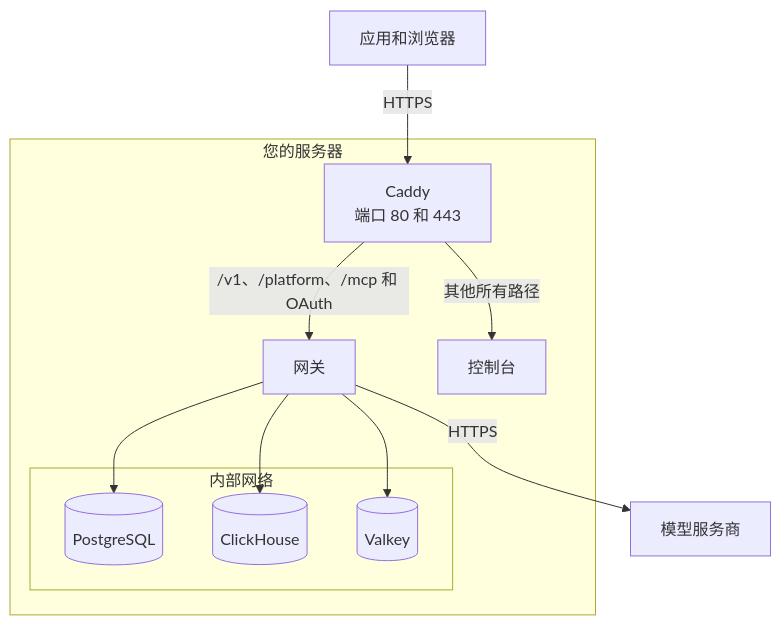
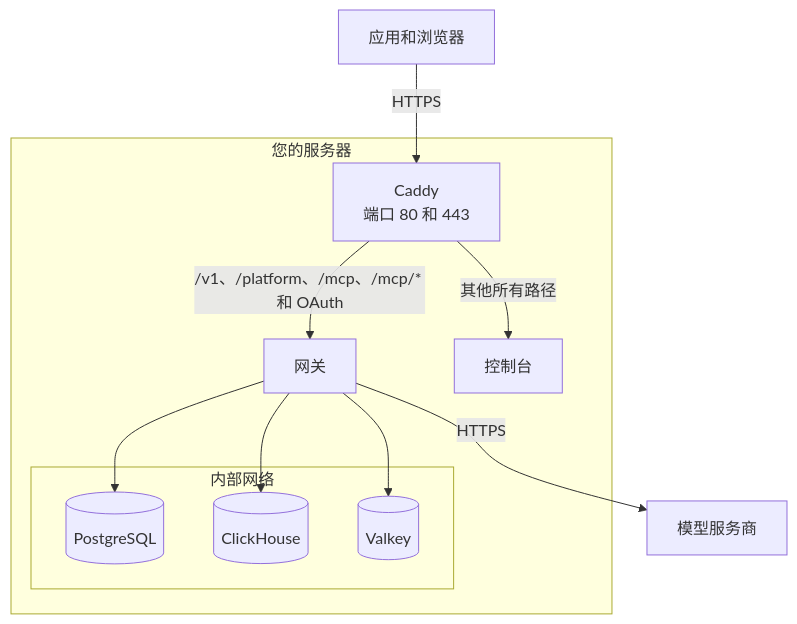
One commit to logicplanes/kaeso changed the diagram in apps/docs/content/zh-CN/self-hosting/how-it-works.md. Above: the diagram before and after it, drawn with Mermaid. The commit also changed 72 other files, not shown here.

````diff
--- a/apps/docs/content/zh-CN/self-hosting/how-it-works.md
+++ b/apps/docs/content/zh-CN/self-hosting/how-it-works.md
@@ -10,22 +10,22 @@
 ```mermaid
 flowchart TD
   accTitle: Kaeso 实例中的服务
   accDescr: 应用和浏览器只能经由 Caddy 的 80 和 443 端口访问实例。Caddy 把 /v1、/platform、MCP 服务器及其 OAuth 登录转给网关，把其他所有路径转给控制台。PostgreSQL、ClickHouse 和 Valkey 位于只有网关能访问的内部网络中，网关通过 HTTPS 调用模型服务商。
   clients[应用和浏览器]:::outside
   subgraph server [您的服务器]
     caddy[Caddy<br>端口 80 和 443]
     gateway[网关]:::accent
     console[控制台]
     subgraph data [内部网络]
       postgres[(PostgreSQL)]
       clickhouse[(ClickHouse)]
       valkey[(Valkey)]
     end
   end
   providers[模型服务商]:::outside
   clients -- HTTPS --> caddy
-  caddy -- /v1、/platform、/mcp 和 OAuth --> gateway
+  caddy -- /v1、/platform、/mcp、/mcp/* 和 OAuth --> gateway
   caddy -- 其他所有路径 --> console
   gateway --> postgres & clickhouse & valkey
   gateway -- HTTPS --> providers
 ```
````
